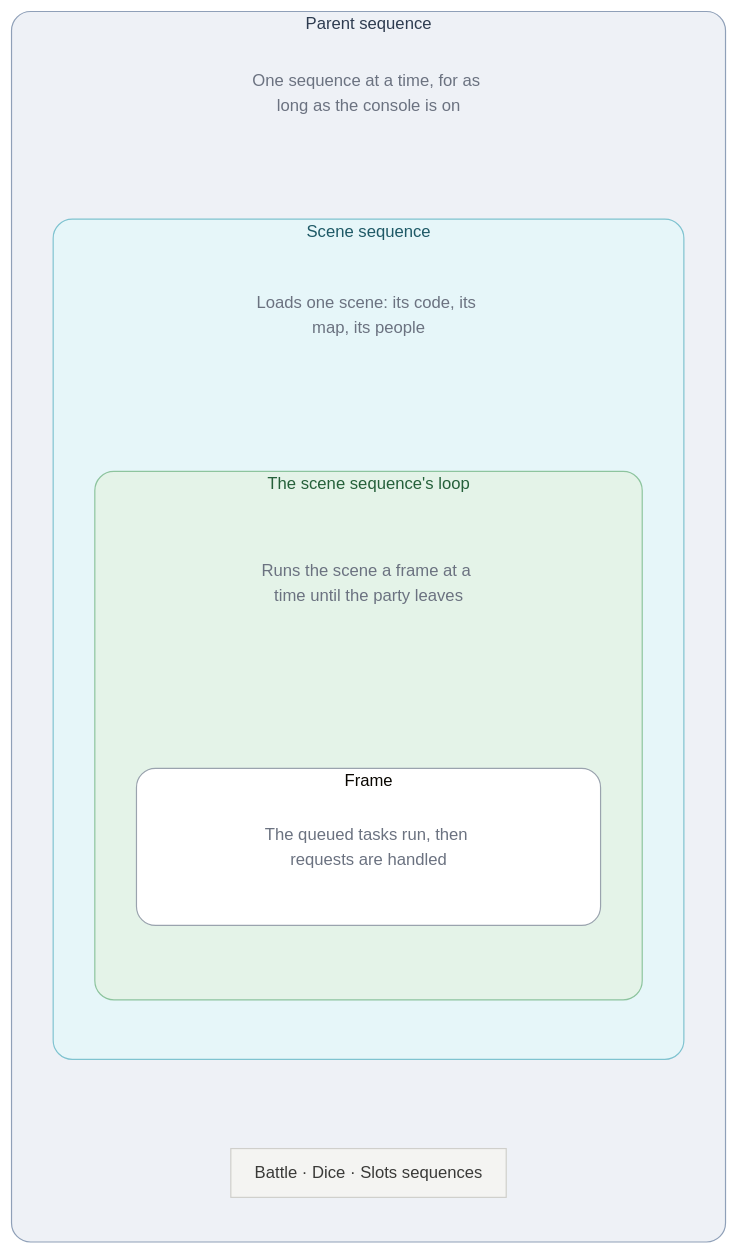
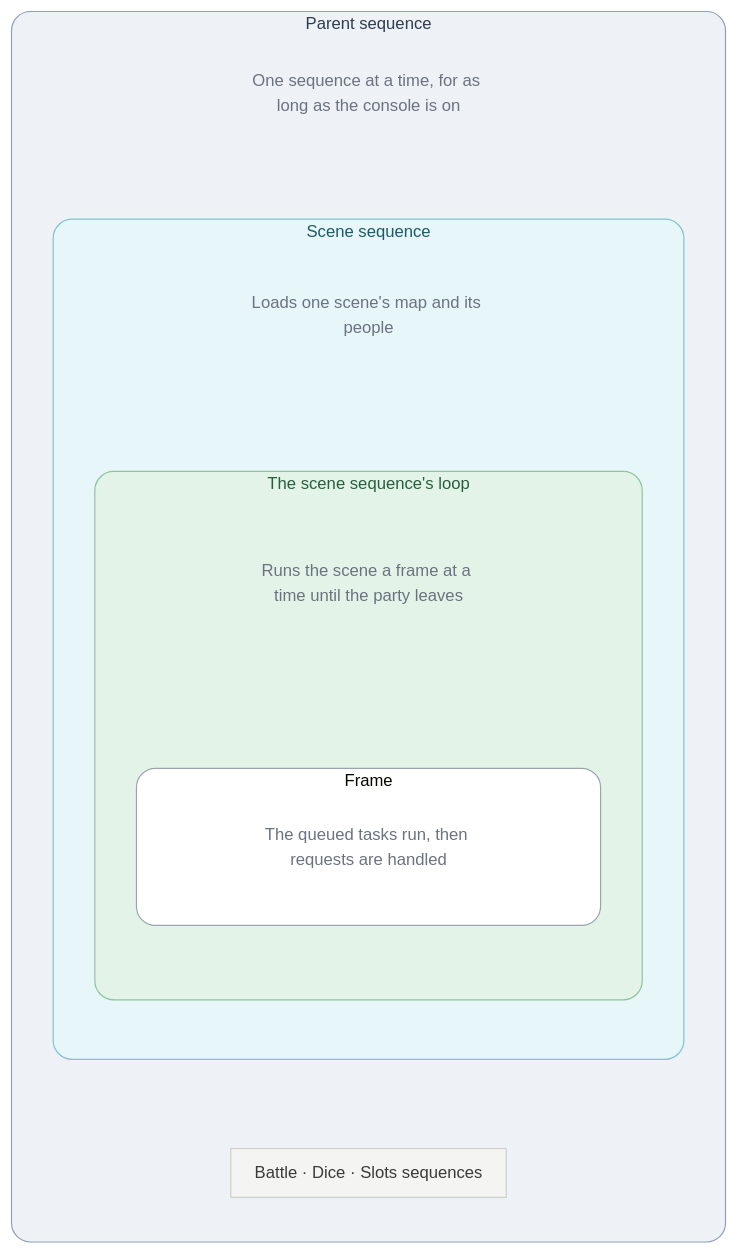
One commit to PascalPixel/alchemy changed the first of 9 diagrams in games/tbs/README.md. Above: the diagram before and after it, drawn with Mermaid. The commit also changed other lines of this file and 19 other files, not shown here.

````diff
--- a/games/tbs/README.md
+++ b/games/tbs/README.md
@@ -35,33 +35,33 @@
 ```mermaid
 %%{init: {"theme": "base", "themeVariables": {"lineColor": "#9AA3AE", "fontSize": "14px"}, "flowchart": {"padding": 10}}}%%
 flowchart TB
   subgraph seqm ["Parent sequence"]
     direction TB
     c1["One sequence at a time, for as long as the console is on"]
     subgraph scene ["Scene sequence"]
       direction TB
-      c2["Loads one scene: its code, its map, its people"]
+      c2["Loads one scene's map and its people"]
       subgraph mgr ["The scene sequence's loop"]
         direction TB
         c3["Runs the scene a frame at a time until the party leaves"]
         subgraph frame ["Frame"]
           direction LR
           c4["The queued tasks run, then requests are handled"]
         end
       end
     end
     others["Battle · Dice · Slots sequences"]
   end
   c1 ~~~ scene
   c2 ~~~ mgr
   c3 ~~~ frame
   scene ~~~ others
   classDef caption fill:transparent,stroke:transparent,color:#6B7280
   classDef step fill:#F4F4F2,stroke:#CFCFCB,color:#3A3A38
   class c1,c2,c3,c4 caption
   class others step
   style seqm fill:#EEF1F6,stroke:#8FA0B8,color:#2E3C50,rx:16,ry:16
   style scene fill:#E6F6F9,stroke:#7FC3D0,color:#1E5966,rx:16,ry:16
   style mgr fill:#E4F3E8,stroke:#8DC49E,color:#25603A,rx:16,ry:16
   style frame fill:#FFFFFF,stroke:#9AA3AE,rx:16,ry:16
 ```
````
